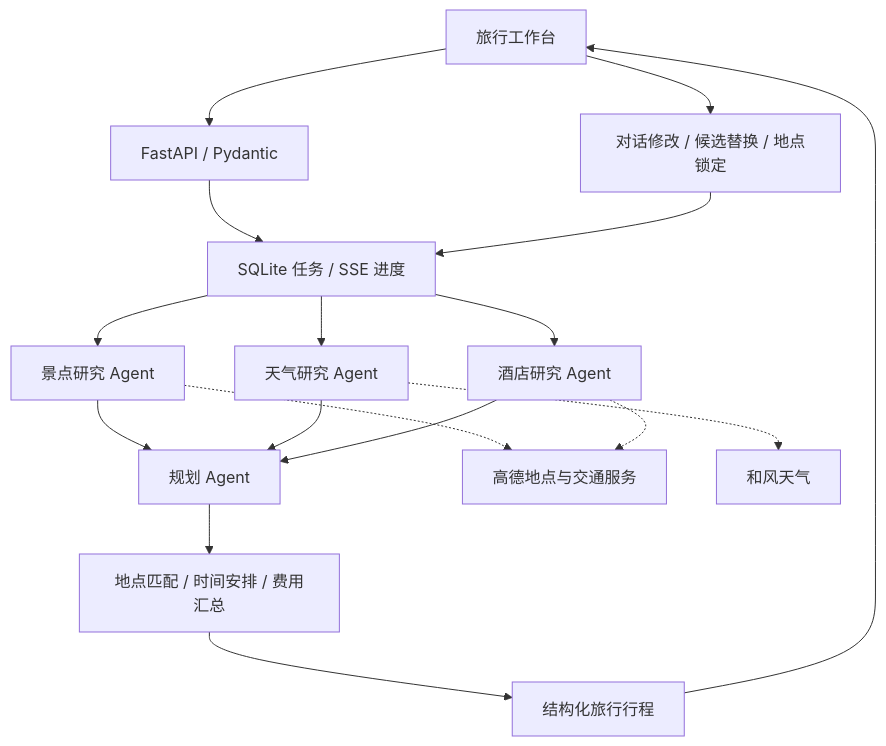
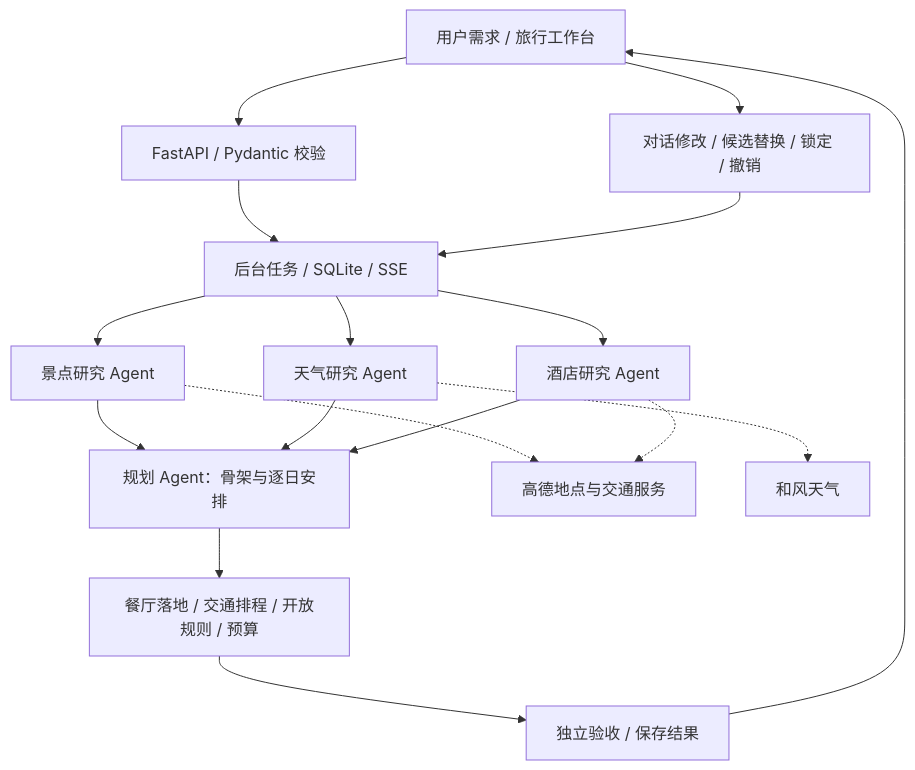
Before and after one commit to CB-12345/roam-travel-agent: the diagram in README.md, drawn with Mermaid. The commit also changed other lines of this file and 24 other files, not shown here.

````diff
--- a/README.md
+++ b/README.md
@@ -37,19 +135,19 @@
 ```mermaid
 flowchart TD
-    UI[旅行工作台] --> API[FastAPI / Pydantic]
-    API --> TASK[SQLite 任务 / SSE 进度]
+    UI[用户需求 / 旅行工作台] --> API[FastAPI / Pydantic 校验]
+    API --> TASK[后台任务 / SQLite / SSE]
     TASK --> AT[景点研究 Agent]
     TASK --> WT[天气研究 Agent]
     TASK --> HT[酒店研究 Agent]
-    AT --> PLAN[规划 Agent]
+    AT --> PLAN[规划 Agent：骨架与逐日安排]
     WT --> PLAN
     HT --> PLAN
     AT -.-> AMAP[高德地点与交通服务]
     HT -.-> AMAP
     WT -.-> WEATHER[和风天气]
-    PLAN --> CHECK[地点匹配 / 时间安排 / 费用汇总]
-    CHECK --> RESULT[结构化旅行行程]
+    PLAN --> CHECK[餐厅落地 / 交通排程 / 开放规则 / 预算]
+    CHECK --> RESULT[独立验收 / 保存结果]
     RESULT --> UI
-    UI --> EDIT[对话修改 / 候选替换 / 地点锁定]
+    UI --> EDIT[对话修改 / 候选替换 / 锁定 / 撤销]
     EDIT --> TASK
 ```
````
